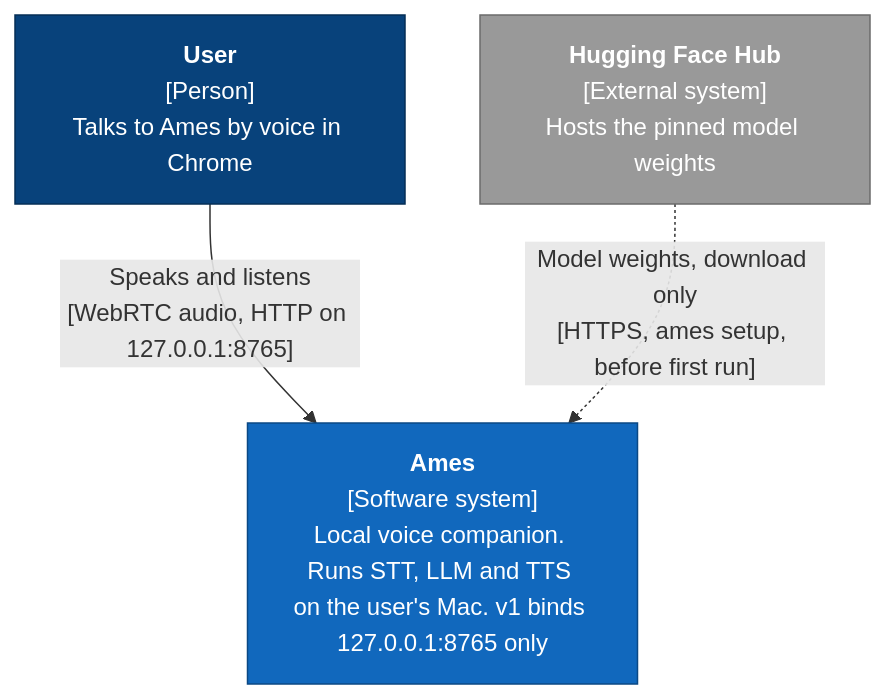
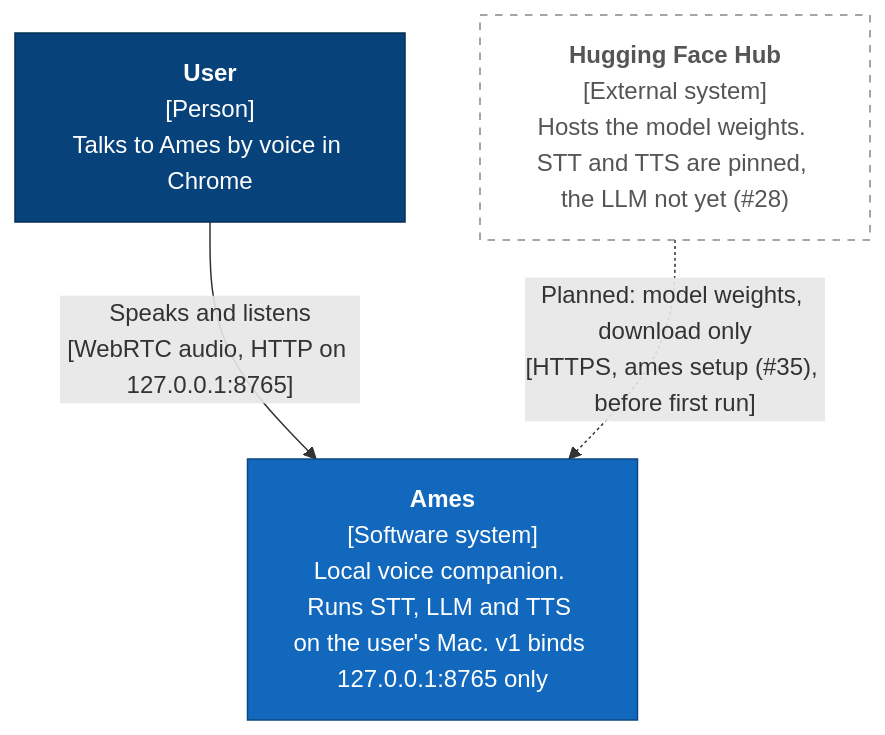
The diagram in docs/architecture/c4-context.md (AnirudhDesai777/ames), drawn with Mermaid before and after one commit. The commit also changed other lines of this file and 3 other files, not shown here.

Commit message:
docs: correct C4 diagrams after review

````diff
--- a/docs/architecture/c4-context.md
+++ b/docs/architecture/c4-context.md
@@ -5,16 +5,17 @@
 ```mermaid
 flowchart TB
     user["<b>User</b><br/>[Person]<br/>Talks to Ames by voice in Chrome"]
     ames["<b>Ames</b><br/>[Software system]<br/>Local voice companion. Runs STT, LLM and TTS on the user's Mac. v1 binds 127.0.0.1:8765 only"]
-    hf["<b>Hugging Face Hub</b><br/>[External system]<br/>Hosts the pinned model weights"]
+    hf["<b>Hugging Face Hub</b><br/>[External system]<br/>Hosts the model weights. STT and TTS are pinned, the LLM not yet (#28)"]
 
     user -->|"Speaks and listens<br/>[WebRTC audio, HTTP on 127.0.0.1:8765]"| ames
-    hf -.->|"Model weights, download only<br/>[HTTPS, ames setup, before first run]"| ames
+    hf -.->|"Planned: model weights, download only<br/>[HTTPS, ames setup (#35), before first run]"| ames
 
     classDef person fill:#08427b,stroke:#052e56,color:#ffffff
     classDef system fill:#1168bd,stroke:#0b4884,color:#ffffff
     classDef ext fill:#999999,stroke:#6b6b6b,color:#ffffff
     class user person
     class ames system
-    class hf ext
+    class hf planned
+    classDef planned fill:#ffffff,stroke:#888888,color:#555555,stroke-dasharray: 5 5
 ```
````
